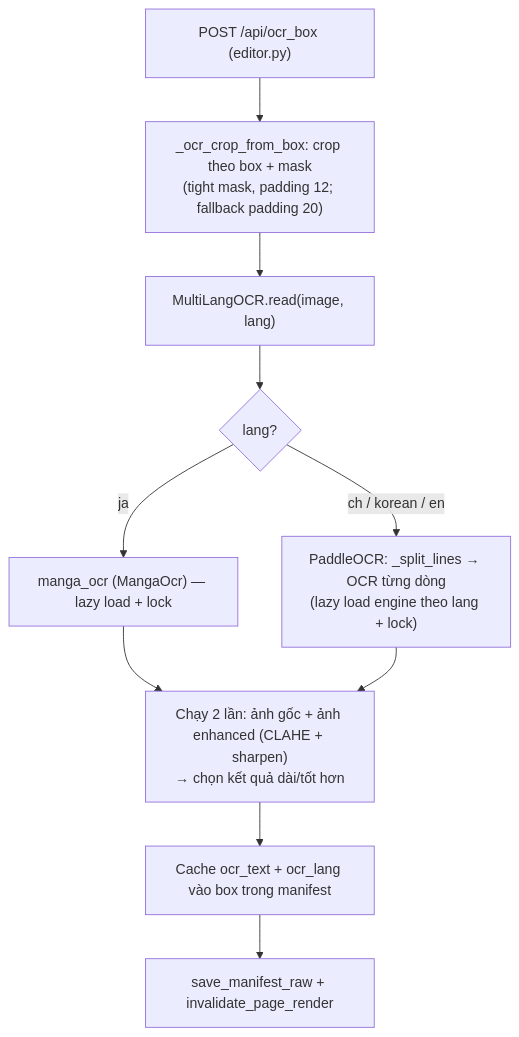
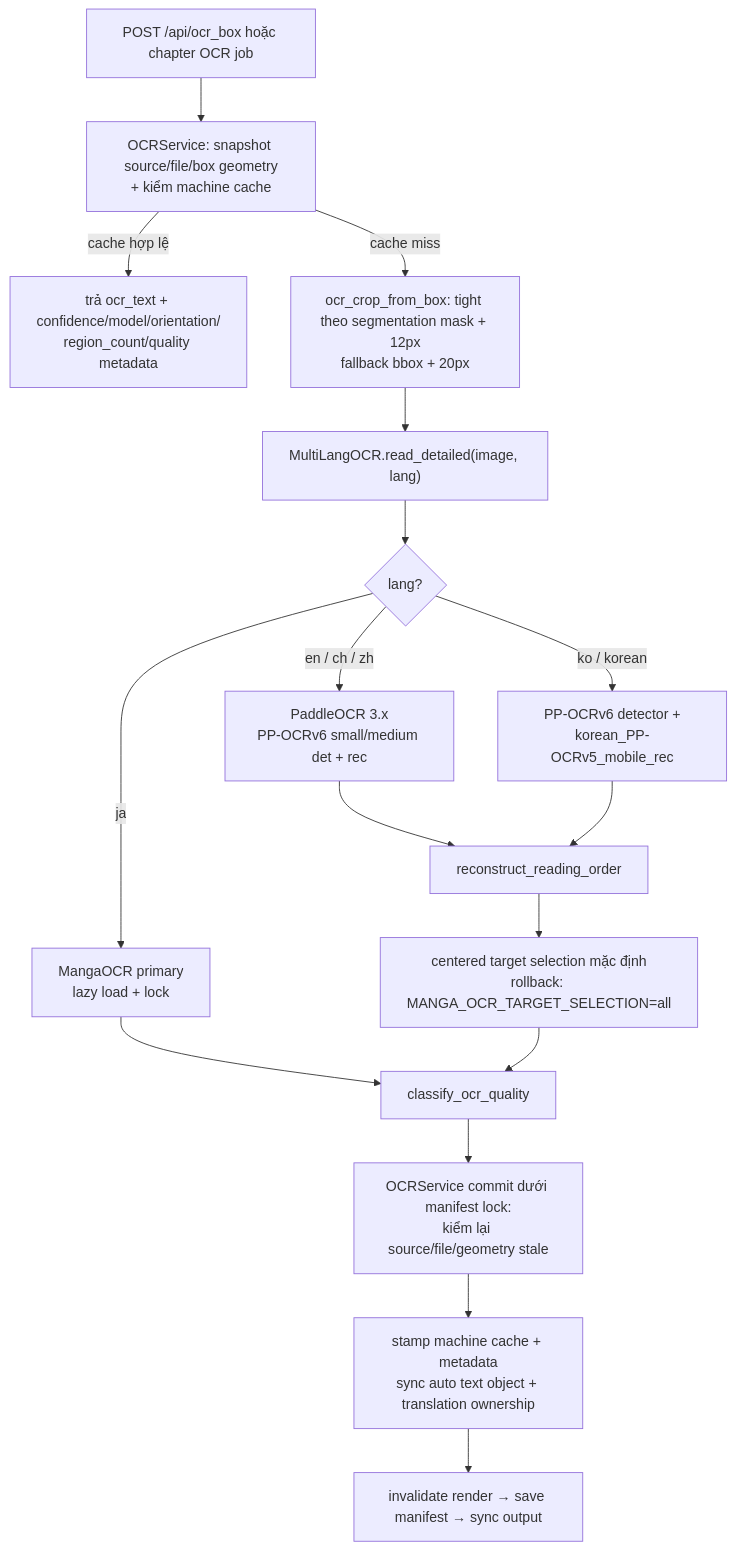
One commit to tuantran00541-spec/manga-translator changed the eighth of 12 diagrams in docs/ARCHITECTURE.md. Above: the diagram before and after it, drawn with Mermaid. The commit also changed other lines of this file, not shown here.

Commit message:
docs(ocr): document production hybrid runtime
Replace the stale PaddleOCR 2.x architecture description with the current MangaOCR/PP-OCRv6 hybrid service, ownership, quality, and rollback behavior.

````diff
--- a/docs/ARCHITECTURE.md
+++ b/docs/ARCHITECTURE.md
@@ -214,12 +214,19 @@
 ```mermaid
 flowchart TD
-    A["POST /api/ocr_box (editor.py)"] --> B["_ocr_crop_from_box: crop theo box + mask<br/>(tight mask, padding 12; fallback padding 20)"]
-    B --> C["MultiLangOCR.read(image, lang)"]
-    C --> D{"lang?"}
-    D -->|"ja"| E["manga_ocr (MangaOcr) — lazy load + lock"]
-    D -->|"ch / korean / en"| F["PaddleOCR: _split_lines → OCR từng dòng<br/>(lazy load engine theo lang + lock)"]
-    E --> G["Chạy 2 lần: ảnh gốc + ảnh enhanced (CLAHE + sharpen)<br/>→ chọn kết quả dài/tốt hơn"]
-    F --> G
-    G --> H["Cache ocr_text + ocr_lang vào box trong manifest"]
-    H --> I["save_manifest_raw + invalidate_page_render"]
+    A["POST /api/ocr_box hoặc chapter OCR job"] --> B["OCRService: snapshot source/file/box geometry<br/>+ kiểm machine cache"]
+    B -->|"cache hợp lệ"| C["trả ocr_text + confidence/model/orientation/<br/>region_count/quality metadata"]
+    B -->|"cache miss"| D["ocr_crop_from_box: tight theo segmentation mask + 12px<br/>fallback bbox + 20px"]
+    D --> E["MultiLangOCR.read_detailed(image, lang)"]
+    E --> F{"lang?"}
+    F -->|"ja"| G["MangaOCR primary<br/>lazy load + lock"]
+    F -->|"en / ch / zh"| H["PaddleOCR 3.x<br/>PP-OCRv6 small/medium det + rec"]
+    F -->|"ko / korean"| I["PP-OCRv6 detector +<br/>korean_PP-OCRv5_mobile_rec"]
+    H --> J["reconstruct_reading_order"]
+    I --> J
+    J --> K["centered target selection mặc định<br/>rollback: MANGA_OCR_TARGET_SELECTION=all"]
+    G --> L["classify_ocr_quality"]
+    K --> L
+    L --> M["OCRService commit dưới manifest lock:<br/>kiểm lại source/file/geometry stale"]
+    M --> N["stamp machine cache + metadata<br/>sync auto text object + translation ownership"]
+    N --> O["invalidate render → save manifest → sync output"]
 ```
````
